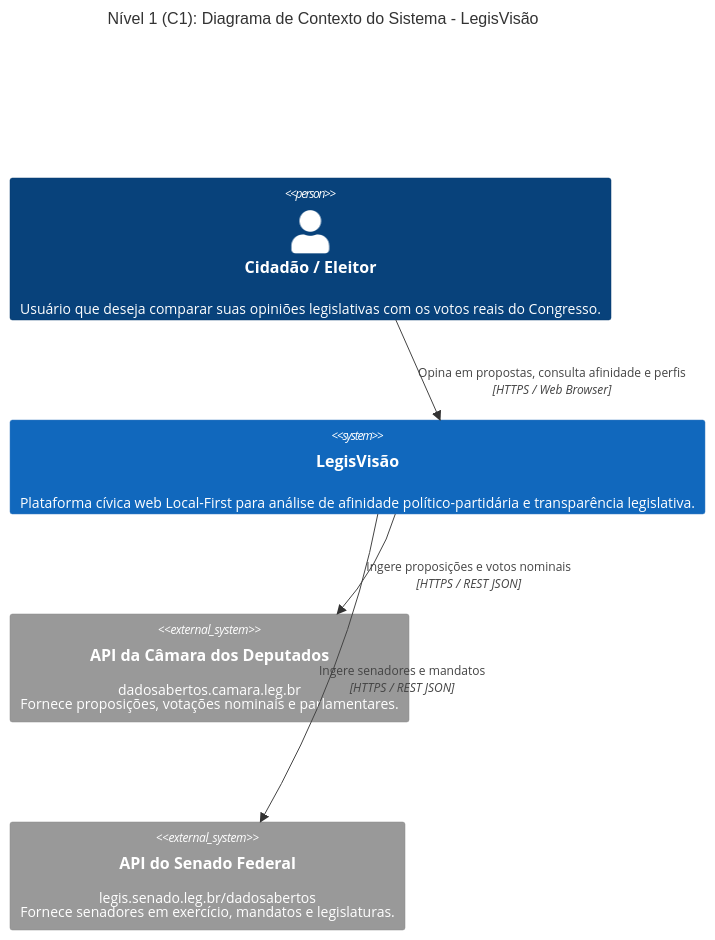
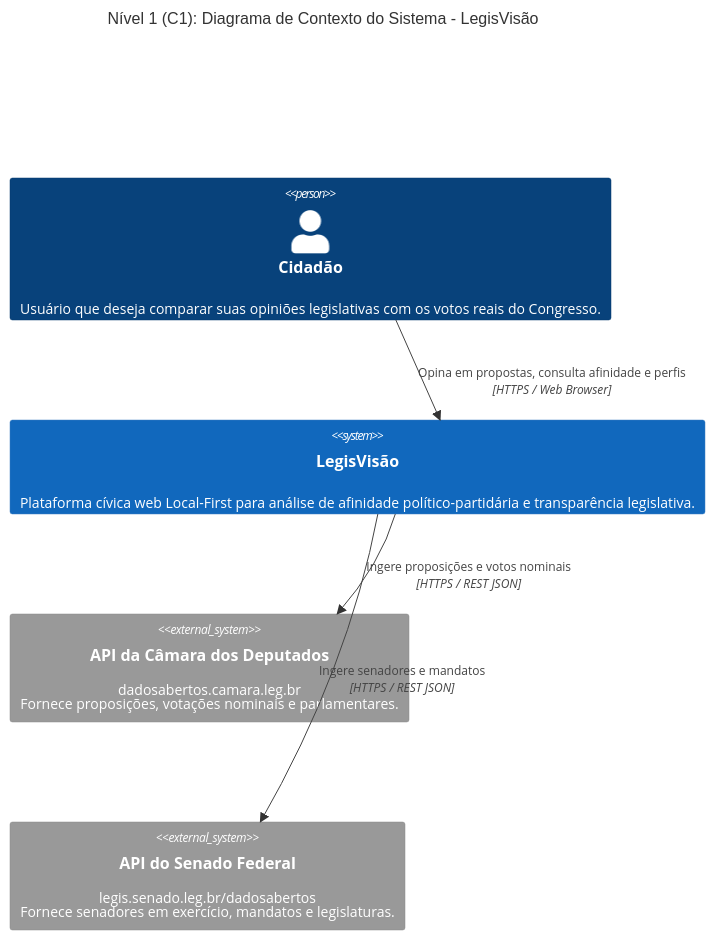
Before and after one commit to didifive/legisvisao: the second of 3 diagrams in README.md, drawn with Mermaid. The commit also changed other lines of this file, not shown here.

Commit message:
atualiza README.md

````diff
--- a/README.md
+++ b/README.md
@@ -107,15 +107,15 @@
 ```mermaid
 C4Context
     title Nível 1 (C1): Diagrama de Contexto do Sistema - LegisVisão
 
-    Person(cidadao, "Cidadão / Eleitor", "Usuário que deseja comparar suas opiniões legislativas com os votos reais do Congresso.")
+    Person(cidadao, "Cidadão", "Usuário que deseja comparar suas opiniões legislativas com os votos reais do Congresso.")
     
     System(legisvisao, "LegisVisão", "Plataforma cívica web Local-First para análise de afinidade político-partidária e transparência legislativa.")
     
     System_Ext(camara, "API da Câmara dos Deputados", "dadosabertos.camara.leg.br<br/>Fornece proposições, votações nominais e parlamentares.")
     System_Ext(senado, "API do Senado Federal", "legis.senado.leg.br/dadosabertos<br/>Fornece senadores em exercício, mandatos e legislaturas.")
 
     Rel(cidadao, legisvisao, "Opina em propostas, consulta afinidade e perfis", "HTTPS / Web Browser")
     Rel(legisvisao, camara, "Ingere proposições e votos nominais", "HTTPS / REST JSON")
     Rel(legisvisao, senado, "Ingere senadores e mandatos", "HTTPS / REST JSON")
 ```
````
